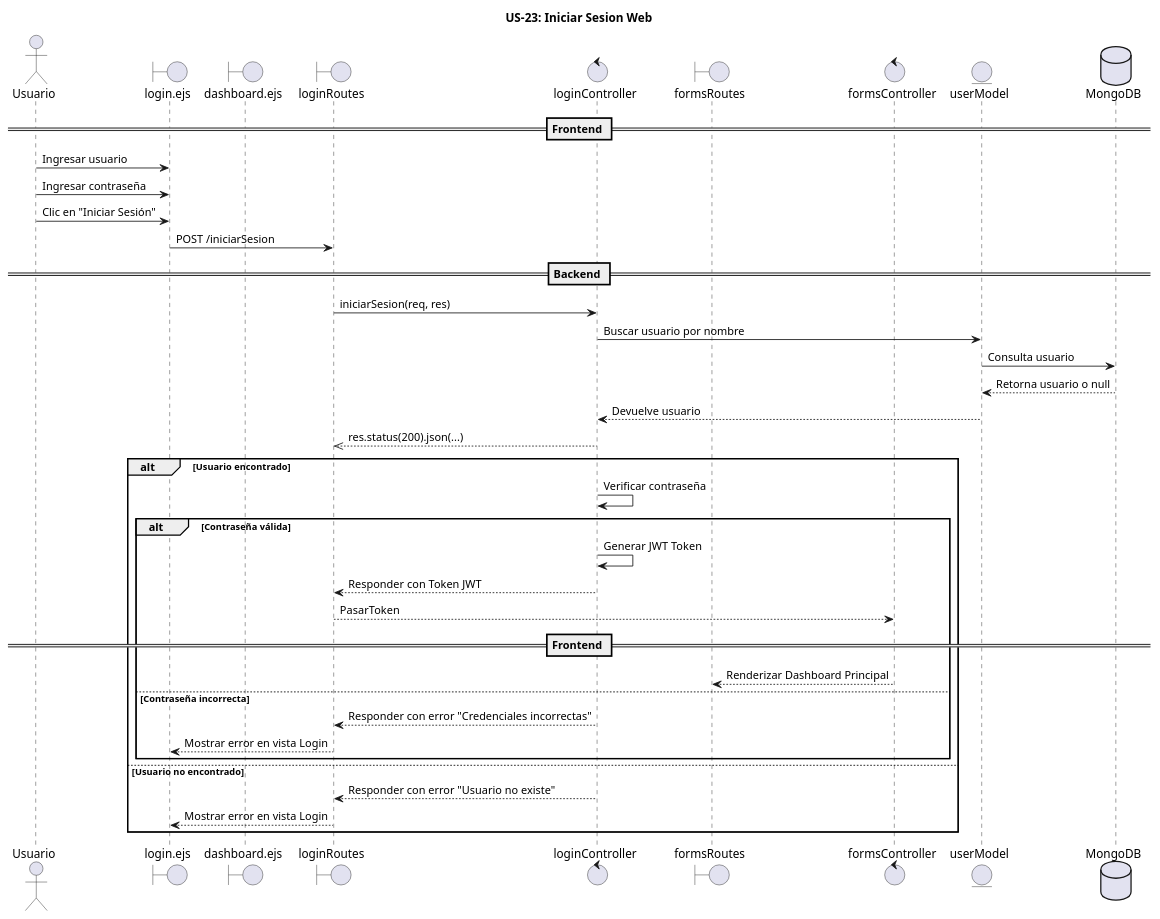
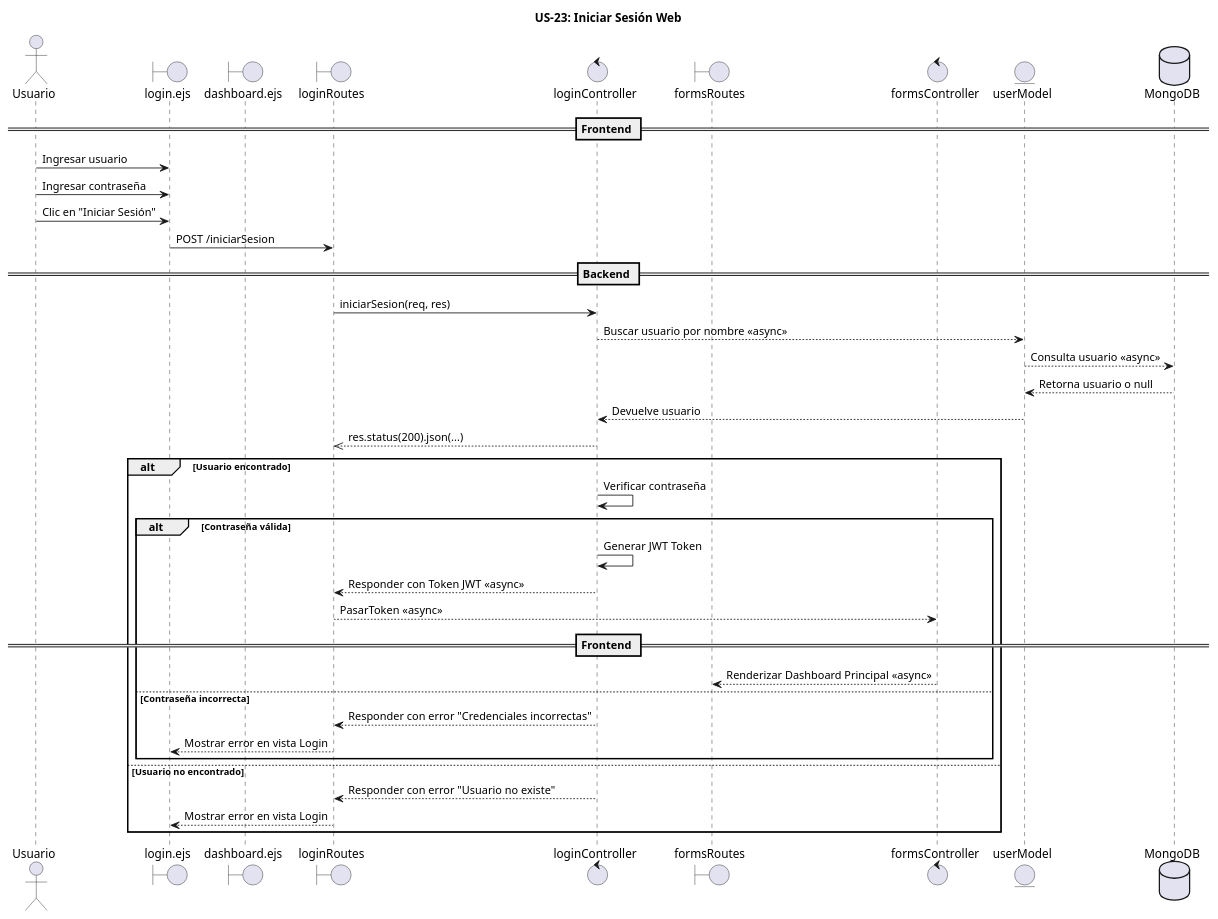
Before and after one commit to PIX3L-IT/dieselflow-dise-o: the diagram in MVP/US-23-iniciarSesion/Web/US-23-iniciarSesion.puml, drawn with PlantUML. The commit also changed 3 other files, not shown here.

Commit message:
docs: cambios en iniciar sesion

```diff
--- a/MVP/US-23-iniciarSesion/Web/US-23-iniciarSesion.puml
+++ b/MVP/US-23-iniciarSesion/Web/US-23-iniciarSesion.puml
@@ -1,48 +1,47 @@
 @startuml 
-title US-23: Iniciar Sesion Web
+title US-23: Iniciar Sesión Web
 
 actor Usuario as U
 
 boundary "login.ejs" as VistaLogin
 boundary "dashboard.ejs" as VistaDashboard
 boundary "loginRoutes" as Router
 control "loginController" as Controller
 boundary "formsRoutes" as SRouter
 control "formsController" as SController
 entity "userModel" as Modelo
 database "MongoDB" as DB
 
 == Frontend ==
 U -> VistaLogin : Ingresar usuario
 U -> VistaLogin : Ingresar contraseña 
 U -> VistaLogin : Clic en "Iniciar Sesión"
 VistaLogin -> Router : POST /iniciarSesion
 
 == Backend ==
 Router -> Controller : iniciarSesion(req, res)
-Controller -> Modelo : Buscar usuario por nombre
-Modelo -> DB : Consulta usuario
+Controller --> Modelo : Buscar usuario por nombre <<async>>
+Modelo --> DB : Consulta usuario <<async>>
 DB --> Modelo : Retorna usuario o null
 Modelo --> Controller : Devuelve usuario
 Controller -->> Router : res.status(200).json(...)
 
 alt Usuario encontrado
     Controller -> Controller : Verificar contraseña
     alt Contraseña válida
         Controller -> Controller : Generar JWT Token
-        Controller --> Router : Responder con Token JWT
-        Router --> SController : PasarToken
+        Controller --> Router : Responder con Token JWT <<async>>
+        Router --> SController : PasarToken <<async>>
         == Frontend ==
-        SController --> SRouter : Renderizar Dashboard Principal
+        SController --> SRouter : Renderizar Dashboard Principal <<async>>
 
     else Contraseña incorrecta
         Controller --> Router : Responder con error "Credenciales incorrectas"
         Router --> VistaLogin : Mostrar error en vista Login
     end
 else Usuario no encontrado
     Controller --> Router : Responder con error "Usuario no existe"
     Router --> VistaLogin : Mostrar error en vista Login
 end
 
-
 @enduml
```
